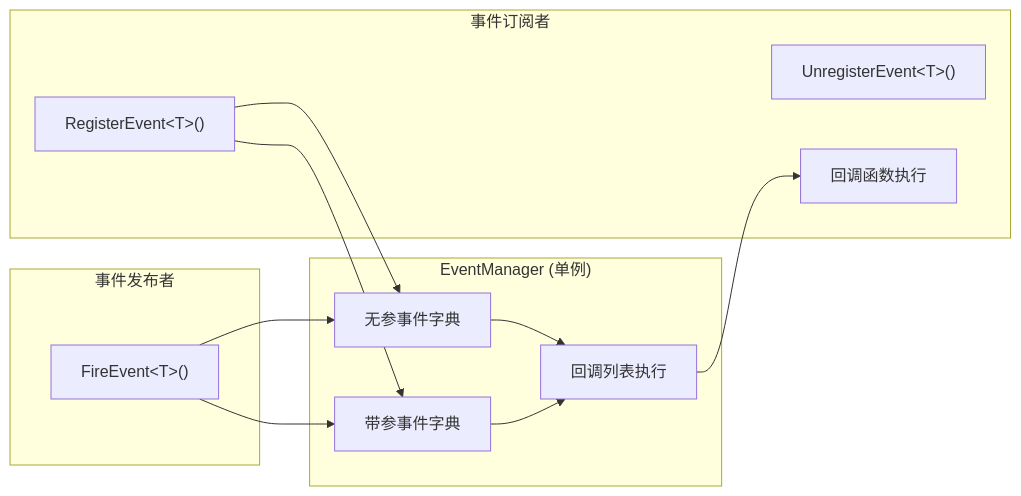
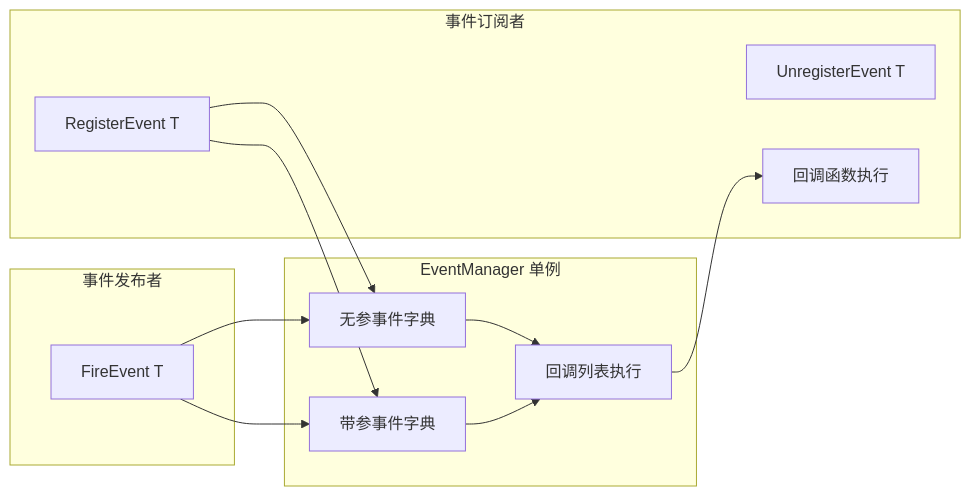
One commit to KTSAMA001/AgentSkill-Akasha-KT changed the second of 7 diagrams in data/kira-framework-analysis.md. Above: the diagram before and after it, drawn with Mermaid. The commit also changed other lines of this file, not shown here.

First line of the commit message:
fix: correct Mermaid syntax in kira-framework-analysis.md

````diff
--- a/data/kira-framework-analysis.md
+++ b/data/kira-framework-analysis.md
@@ -76,26 +76,26 @@
 ```mermaid
 flowchart LR
-    subgraph 发布者["事件发布者"]
-        P1["FireEvent&lt;T&gt;()"]
+    subgraph publisher["事件发布者"]
+        P1["FireEvent T"]
     end
 
-    subgraph 管理器["EventManager (单例)"]
+    subgraph manager["EventManager 单例"]
         M1["无参事件字典"]
         M2["带参事件字典"]
         M3["回调列表执行"]
     end
 
-    subgraph 订阅者["事件订阅者"]
-        S1["RegisterEvent&lt;T&gt;()"]
-        S2["UnregisterEvent&lt;T&gt;()"]
+    subgraph subscriber["事件订阅者"]
+        S1["RegisterEvent T"]
+        S2["UnregisterEvent T"]
         S3["回调函数执行"]
     end
 
     P1 --> M1
     P1 --> M2
     S1 --> M1
     S1 --> M2
     M1 --> M3
     M2 --> M3
     M3 --> S3
 ```
````
